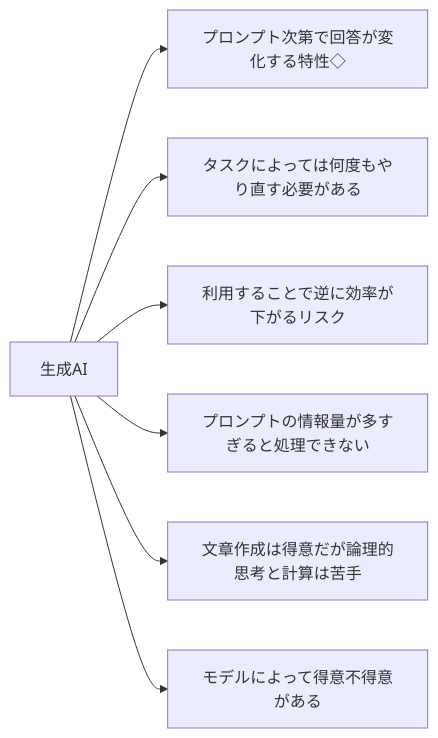
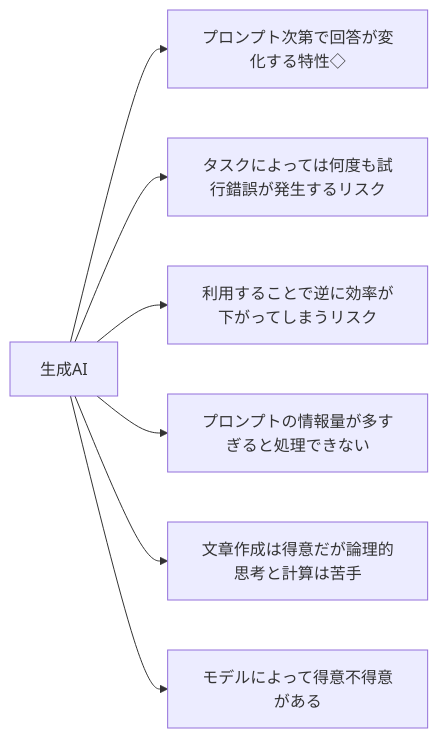
Before and after one commit to SparklingDetergent/doc_genai_Using_Generative_AI_with_Mac_Mini_-Introduction-: the fourth of 14 diagrams in README.md, drawn with Mermaid.

````diff
--- a/README.md
+++ b/README.md
@@ -105,9 +105,9 @@
 ```mermaid
 graph LR
     A[生成AI] --> F[プロンプト次第で回答が変化する特性◇]
-    A --> G[タスクによっては何度もやり直す必要がある]
-    A --> B[利用することで逆に効率が下がるリスク]
+    A --> G[タスクによっては何度も試行錯誤が発生するリスク]
+    A --> B[利用することで逆に効率が下がってしまうリスク]
     A --> E[プロンプトの情報量が多すぎると処理できない]
     A --> C[文章作成は得意だが論理的思考と計算は苦手]
     A --> D[モデルによって得意不得意がある]
 ```
````
